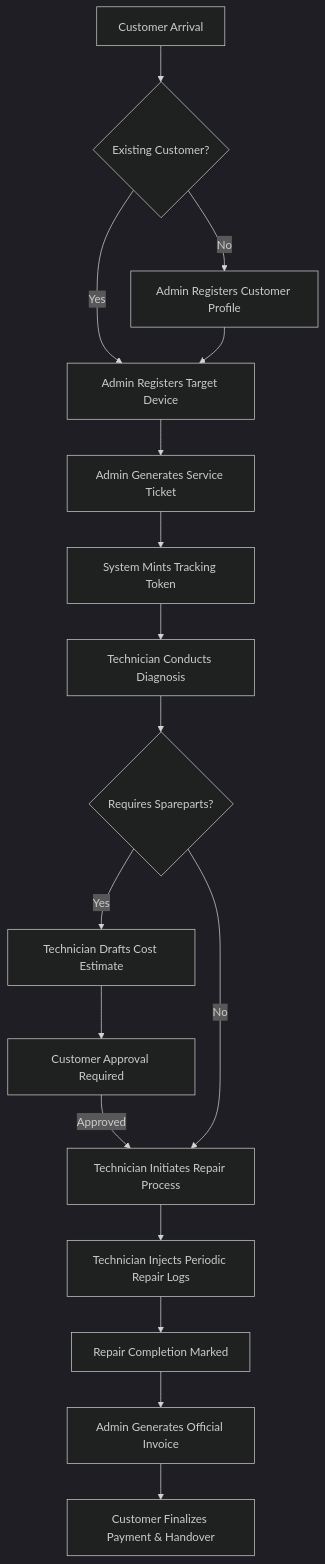
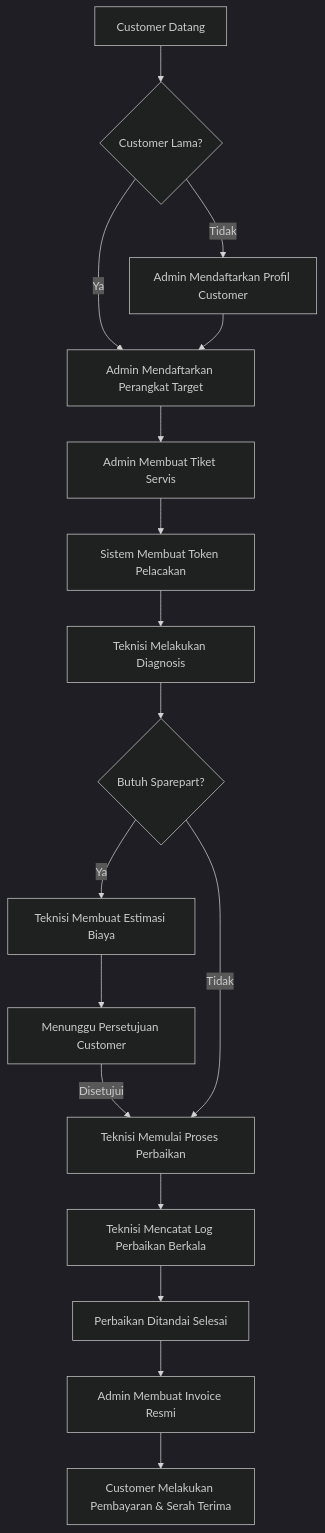
The second of 2 diagrams in README.md (halfthew0rldaway/serv.io), drawn with Mermaid (dark theme) before and after one commit. The commit also changed other lines of this file, not shown here.

````diff
--- a/README.md
+++ b/README.md
@@ -169,21 +169,21 @@
 ```mermaid
 flowchart TD
-    A[Customer Arrival] --> B{Existing Customer?};
-    B -- No --> C[Admin Registers Customer Profile];
-    B -- Yes --> D[Admin Registers Target Device];
+    A[Customer Datang] --> B{Customer Lama?};
+    B -- Tidak --> C[Admin Mendaftarkan Profil Customer];
+    B -- Ya --> D[Admin Mendaftarkan Perangkat Target];
     C --> D;
-    D --> E[Admin Generates Service Ticket];
-    E --> F[System Mints Tracking Token];
+    D --> E[Admin Membuat Tiket Servis];
+    E --> F[Sistem Membuat Token Pelacakan];
     
-    F --> G[Technician Conducts Diagnosis];
-    G --> H{Requires Spareparts?};
-    H -- Yes --> I[Technician Drafts Cost Estimate];
-    I --> J[Customer Approval Required];
-    J -- Approved --> K;
-    H -- No --> K[Technician Initiates Repair Process];
+    F --> G[Teknisi Melakukan Diagnosis];
+    G --> H{Butuh Sparepart?};
+    H -- Ya --> I[Teknisi Membuat Estimasi Biaya];
+    I --> J[Menunggu Persetujuan Customer];
+    J -- Disetujui --> K;
+    H -- Tidak --> K[Teknisi Memulai Proses Perbaikan];
     
-    K --> L[Technician Injects Periodic Repair Logs];
-    L --> M[Repair Completion Marked];
-    M --> N[Admin Generates Official Invoice];
-    N --> O[Customer Finalizes Payment & Handover];
+    K --> L[Teknisi Mencatat Log Perbaikan Berkala];
+    L --> M[Perbaikan Ditandai Selesai];
+    M --> N[Admin Membuat Invoice Resmi];
+    N --> O[Customer Melakukan Pembayaran & Serah Terima];
 ```
````
